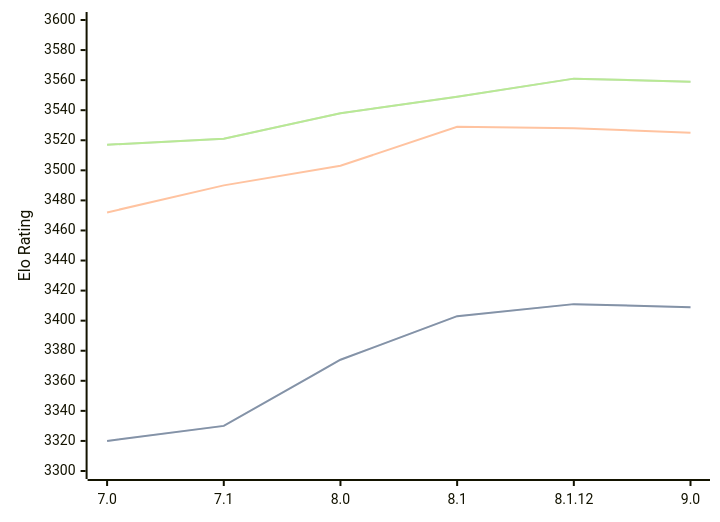
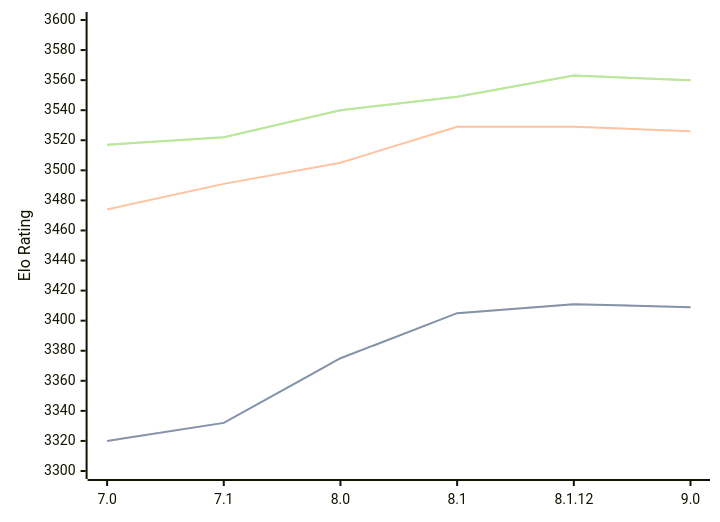
Before and after one commit to computer-chess-index/cci: the third of 3 diagrams in engines/Alexandria.md, drawn with Mermaid. The commit also changed other lines of this file, not shown here.

Commit message:
Update CCI Ratings (ELO VLTC) - 2026-06-22

````diff
--- a/engines/Alexandria.md
+++ b/engines/Alexandria.md
@@ -88,11 +88,11 @@
 ```mermaid
 %%{init: {"theme":"base","themeVariables":{"seriesColors:['#a3a3a3','#222221','#faa371']}}}%%
 xychart-beta
   x-axis ["7.0", "7.1", "8.0", "8.1", "8.1.12", "9.0"]
   y-axis "Elo Rating" 3300 --> 3600
-  line "STC (8.0+0.08s)" [3320, 3330, 3374, 3403, 3411, 3409]
-  line "STC (8.0+0.08s)" [3320, 3330, 3374, 3403, 3411, 3409]
-  line "LTC (60.0+0.60s)" [3472, 3490, 3503, 3529, 3528, 3525]
-  line "VLTC (2m24s+1.12s)" [3517, 3521, 3538, 3549, 3561, 3559]
-  line "VLTC (2m24s+1.12s)" [3517, 3521, 3538, 3549, 3561, 3559]
+  line "STC (8.0+0.08s)" [3320, 3332, 3375, 3405, 3411, 3409]
+  line "STC (8.0+0.08s)" [3320, 3332, 3375, 3405, 3411, 3409]
+  line "LTC (60.0+0.60s)" [3474, 3491, 3505, 3529, 3529, 3526]
+  line "VLTC (2m24s+1.12s)" [3517, 3522, 3540, 3549, 3563, 3560]
+  line "VLTC (2m24s+1.12s)" [3517, 3522, 3540, 3549, 3563, 3560]
 ```
````
